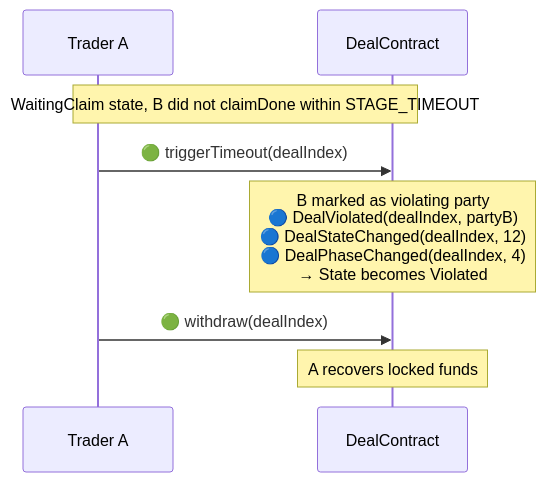
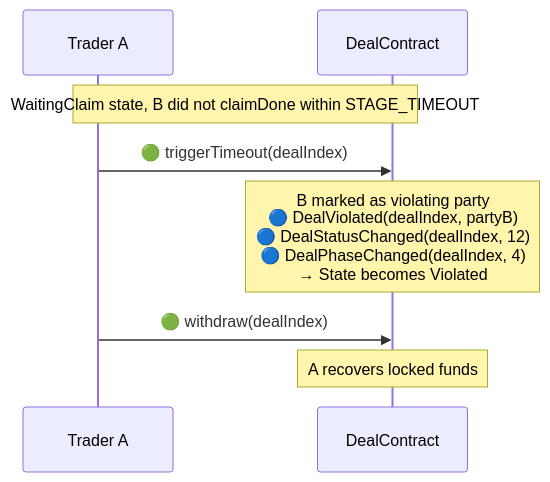
Before and after one commit to synctxai/synctx: the fourth of 9 diagrams in examples/x-quote/x-quote-design.md, drawn with Mermaid. The commit also changed other lines of this file and 8 other files, not shown here.

First line of the commit message:
rename DealStateChanged to DealStatusChanged for consistency with DealStatus

````diff
--- a/examples/x-quote/x-quote-design.md
+++ b/examples/x-quote/x-quote-design.md
@@ -359,11 +359,11 @@
 ```mermaid
 sequenceDiagram
     participant A as Trader A
     participant D as DealContract
 
     Note over A,D: WaitingClaim state, B did not claimDone within STAGE_TIMEOUT
     A->>D: 🟢 triggerTimeout(dealIndex)
-    Note over D: B marked as violating party<br/>🔵 DealViolated(dealIndex, partyB)<br/>🔵 DealStateChanged(dealIndex, 12)<br/>🔵 DealPhaseChanged(dealIndex, 4)<br/>→ State becomes Violated
+    Note over D: B marked as violating party<br/>🔵 DealViolated(dealIndex, partyB)<br/>🔵 DealStatusChanged(dealIndex, 12)<br/>🔵 DealPhaseChanged(dealIndex, 4)<br/>→ State becomes Violated
     A->>D: 🟢 withdraw(dealIndex)
     Note over D: A recovers locked funds
 ```
````
